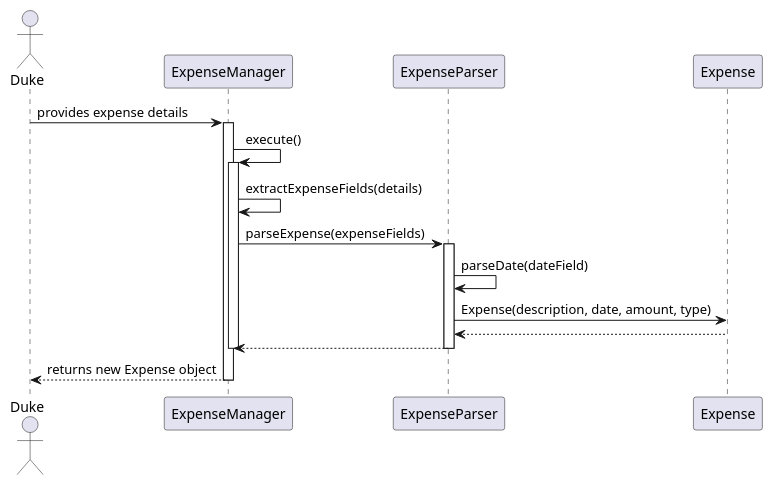
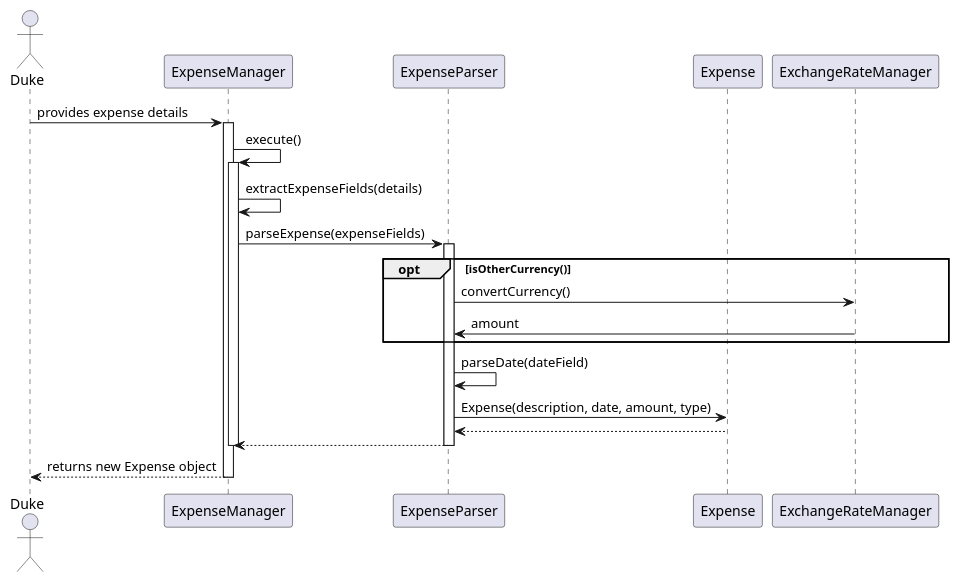
One commit to nus-cs2113-AY2324S1/tp changed the diagram in images/expenseManager_sequence_diagram.puml. Above: the diagram before and after it, drawn with PlantUML. The commit also changed 1 other file, not shown here.

Commit message:
update expense manager uml diagram

```diff
--- a/images/expenseManager_sequence_diagram.puml
+++ b/images/expenseManager_sequence_diagram.puml
@@ -1,22 +1,27 @@
 @startuml
 actor Duke
 participant ExpenseManager
 participant ExpenseParser
 participant Expense
+participant ExchangeRateManager
 
 Duke -> ExpenseManager: provides expense details
 activate ExpenseManager
 ExpenseManager -> ExpenseManager: execute()
 activate ExpenseManager
 ExpenseManager -> ExpenseManager: extractExpenseFields(details)
 ExpenseManager -> ExpenseParser: parseExpense(expenseFields)
 activate ExpenseParser
+opt isOtherCurrency()
+ExpenseParser -> ExchangeRateManager : convertCurrency()
+ExchangeRateManager -> ExpenseParser : amount
+end
 ExpenseParser -> ExpenseParser: parseDate(dateField)
 ExpenseParser -> Expense: Expense(description, date, amount, type)
 Expense --> ExpenseParser
 ExpenseParser --> ExpenseManager
 deactivate ExpenseParser
 deactivate ExpenseManager
 ExpenseManager --> Duke: returns new Expense object
 deactivate ExpenseManager
 @enduml
```
